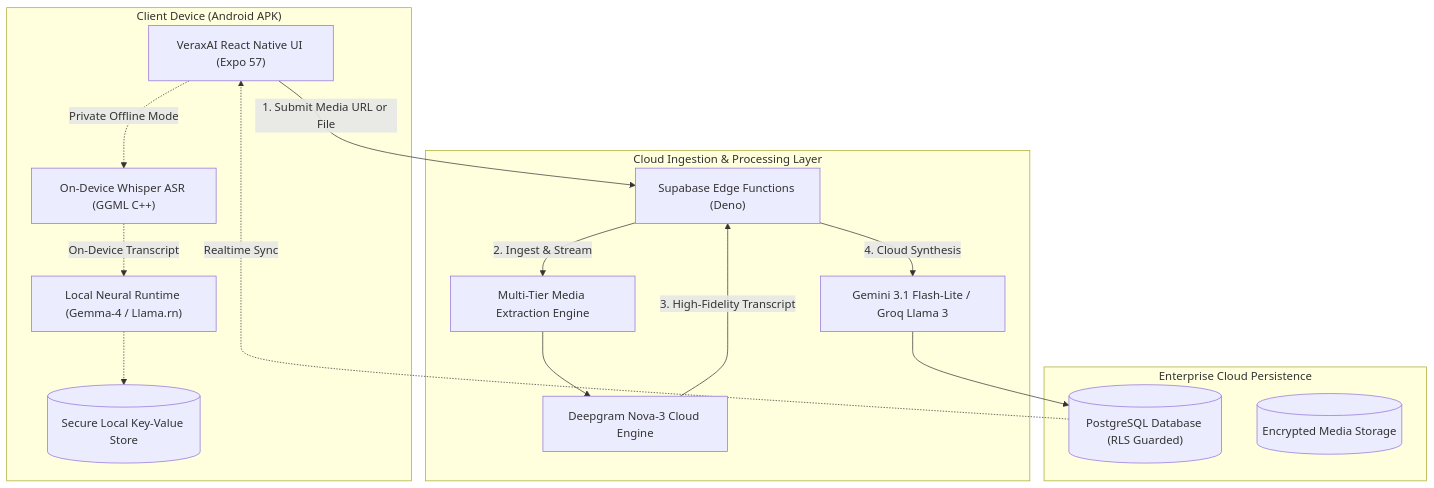
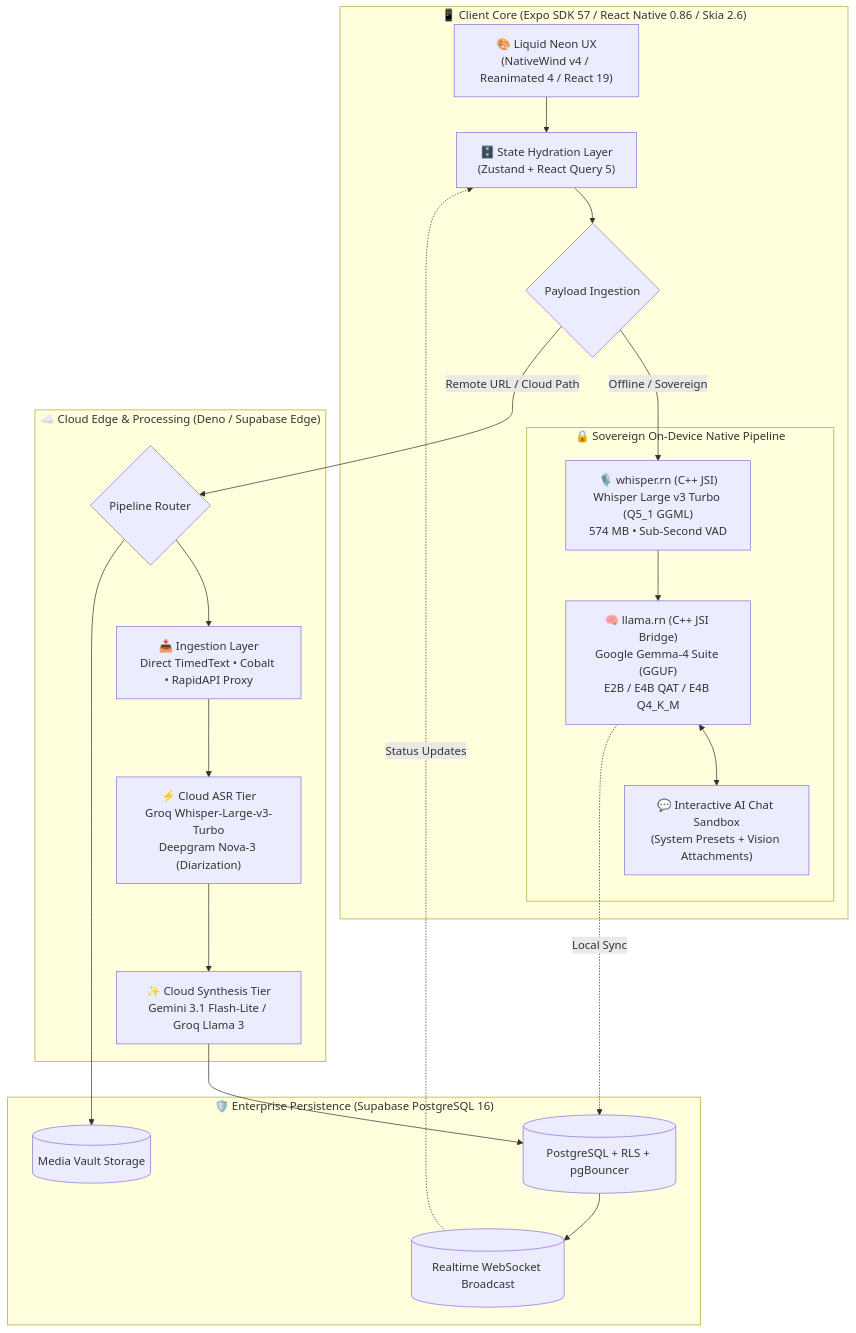
One commit to AlexBuildsLTS/VeraxAI-Release changed the first of 4 diagrams in README.md. Above: the diagram before and after it, drawn with Mermaid. The commit also changed other lines of this file, not shown here.

First line of the commit message:
Revise README for VeraxAI project details

````diff
--- a/README.md
+++ b/README.md
@@ -43,35 +33,40 @@
 ```mermaid
-flowchart TD
-    subgraph Client ["Client Device (Android APK)"]
-        UI["VeraxAI React Native UI (Expo 57)"]
-        LocalASR["On-Device Whisper ASR (GGML C++)"]
-        LocalLLM["Local Neural Runtime (Gemma-4 / Llama.rn)"]
-        EncryptedCache[("Secure Local Key-Value Store")]
+flowchart TB
+    subgraph CLIENT["📱 Client Core (Expo SDK 57 / React Native 0.86 / Skia 2.6)"]
+        UI["🎨 Liquid Neon UX\n(NativeWind v4 / Reanimated 4 / React 19)"]
+        STORE["🗄️ State Hydration Layer\n(Zustand + React Query 5)"]
+        SUBMIT{"Payload Ingestion"}
+
+        subgraph ON_DEVICE_STACK["🔒 Sovereign On-Device Native Pipeline"]
+            WHISPER_NATIVE["🎙️ whisper.rn (C++ JSI)\nWhisper Large v3 Turbo (Q5_1 GGML)\n574 MB • Sub-Second VAD"]
+            LLM_NATIVE["🧠 llama.rn (C++ JSI Bridge)\nGoogle Gemma-4 Suite (GGUF)\nE2B / E4B QAT / E4B Q4_K_M"]
+            CHAT_BOX["💬 Interactive AI Chat Sandbox\n(System Presets + Vision Attachments)"]
+        end
     end
 
-    subgraph Edge ["Cloud Ingestion & Processing Layer"]
-        Gateway["Supabase Edge Functions (Deno)"]
-        MediaExtractor["Multi-Tier Media Extraction Engine"]
-        CloudASR["Deepgram Nova-3 Cloud Engine"]
-        CloudAI["Gemini 3.1 Flash-Lite / Groq Llama 3"]
+    subgraph CLOUD_EDGE["☁️ Cloud Edge & Processing (Deno / Supabase Edge)"]
+        ROUTER{"Pipeline Router"}
+        EXTRACT_TIER["📥 Ingestion Layer\nDirect TimedText • Cobalt • RapidAPI Proxy"]
+        ASR_CLOUD["⚡ Cloud ASR Tier\nGroq Whisper-Large-v3-Turbo\nDeepgram Nova-3 (Diarization)"]
+        LLM_CLOUD["✨ Cloud Synthesis Tier\nGemini 3.1 Flash-Lite / Groq Llama 3"]
     end
 
-    subgraph Storage ["Enterprise Cloud Persistence"]
-        DB[("PostgreSQL Database (RLS Guarded)")]
-        MediaBucket[("Encrypted Media Storage")]
+    subgraph DATA_TIER["🛡️ Enterprise Persistence (Supabase PostgreSQL 16)"]
+        DB[(PostgreSQL + RLS + pgBouncer)]
+        STORAGE[("Media Vault Storage")]
+        REALTIME[("Realtime WebSocket Broadcast")]
     end
 
-    %% Flow connections
-    UI -->|1. Submit Media URL or File| Gateway
-    Gateway -->|2. Ingest & Stream| MediaExtractor
-    MediaExtractor --> CloudASR
-    CloudASR -->|3. High-Fidelity Transcript| Gateway
-    Gateway -->|4. Cloud Synthesis| CloudAI
-    CloudAI --> DB
+    UI --> STORE --> SUBMIT
+    SUBMIT -- "Offline / Sovereign" --> WHISPER_NATIVE
+    WHISPER_NATIVE --> LLM_NATIVE <--> CHAT_BOX
+    LLM_NATIVE -. Local Sync .-> DB
 
-    %% Local Fallback / Privacy Mode
-    UI -.->|Private Offline Mode| LocalASR
-    LocalASR -.->|On-Device Transcript| LocalLLM
-    LocalLLM -.-> EncryptedCache
-    DB -.->|Realtime Sync| UI
+    SUBMIT -- "Remote URL / Cloud Path" --> ROUTER
+    ROUTER --> EXTRACT_TIER
+    EXTRACT_TIER --> ASR_CLOUD
+    ASR_CLOUD --> LLM_CLOUD
+    LLM_CLOUD --> DB
+    ROUTER --> STORAGE
+    DB --> REALTIME -. Status Updates .-> STORE
 ```
````
